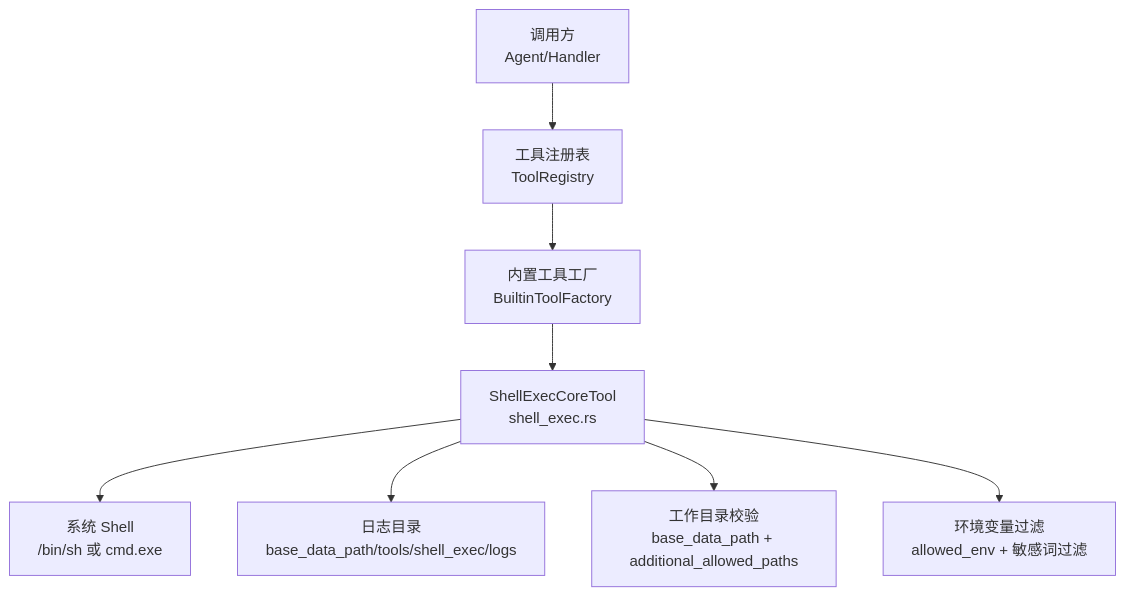
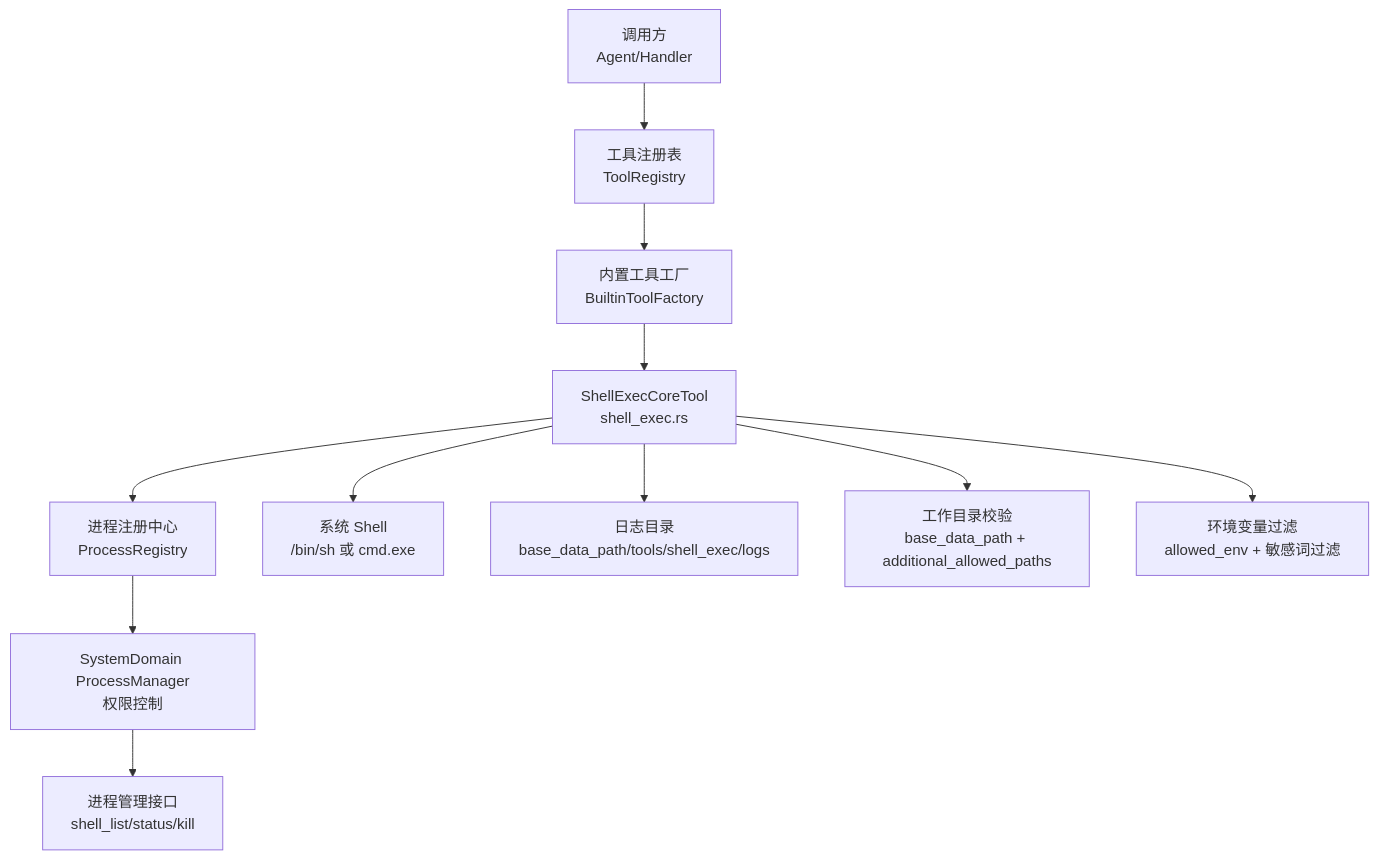
Before and after one commit to runningcoders/ai_orz: the first of 8 diagrams in .qoder/repowiki/zh/content/功能模块/工具生态系统/内置工具集/Shell 执行工具.md, drawn with Mermaid. The commit also changed other lines of this file and 299 other files, not shown here.

````diff
--- a/.qoder/repowiki/zh/content/功能模块/工具生态系统/内置工具集/Shell 执行工具.md
+++ b/.qoder/repowiki/zh/content/功能模块/工具生态系统/内置工具集/Shell 执行工具.md
@@ -37,10 +56,13 @@
 ```mermaid
 graph TB
 A["调用方<br/>Agent/Handler"] --> B["工具注册表<br/>ToolRegistry"]
 B --> C["内置工具工厂<br/>BuiltinToolFactory"]
 C --> D["ShellExecCoreTool<br/>shell_exec.rs"]
-D --> E["系统 Shell<br/>/bin/sh 或 cmd.exe"]
-D --> F["日志目录<br/>base_data_path/tools/shell_exec/logs"]
-D --> G["工作目录校验<br/>base_data_path + additional_allowed_paths"]
-D --> H["环境变量过滤<br/>allowed_env + 敏感词过滤"]
+D --> E["进程注册中心<br/>ProcessRegistry"]
+E --> F["SystemDomain ProcessManager<br/>权限控制"]
+F --> G["进程管理接口<br/>shell_list/status/kill"]
+D --> H["系统 Shell<br/>/bin/sh 或 cmd.exe"]
+D --> I["日志目录<br/>base_data_path/tools/shell_exec/logs"]
+D --> J["工作目录校验<br/>base_data_path + additional_allowed_paths"]
+D --> K["环境变量过滤<br/>allowed_env + 敏感词过滤"]
 ```
````
